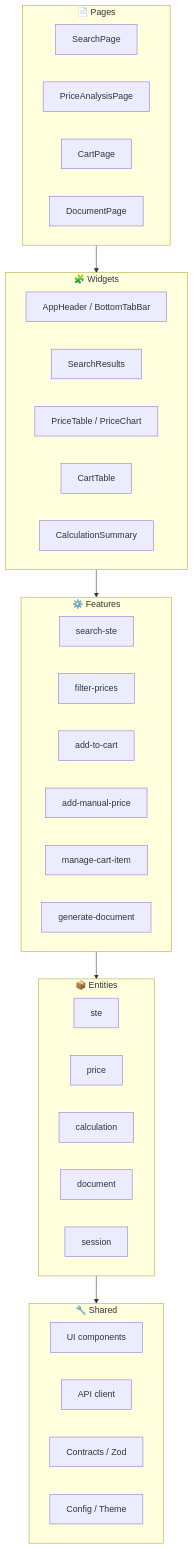
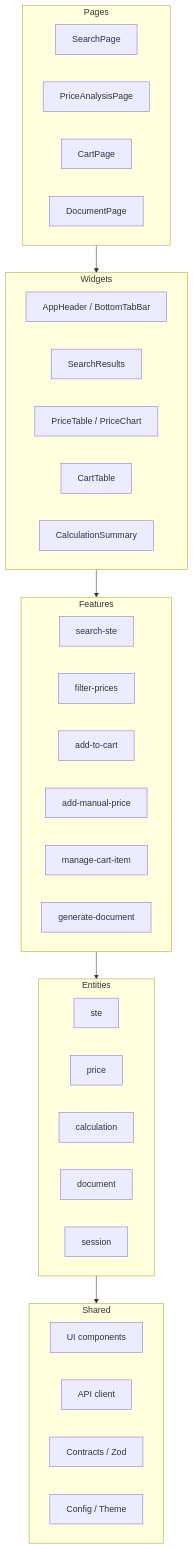
The first of 2 diagrams in README.md (beer-bears-hack/intelligent-front), drawn with Mermaid before and after one commit. The commit also changed other lines of this file, not shown here.

````diff
--- a/README.md
+++ b/README.md
@@ -32,43 +16,43 @@
 ```mermaid
 graph TD
-    subgraph pages["📄 Pages"]
+    subgraph pages["Pages"]
         P1[SearchPage]
         P2[PriceAnalysisPage]
         P3[CartPage]
         P4[DocumentPage]
     end
 
-    subgraph widgets["🧩 Widgets"]
+    subgraph widgets["Widgets"]
         W1[AppHeader / BottomTabBar]
         W2[SearchResults]
         W3[PriceTable / PriceChart]
         W4[CartTable]
         W5[CalculationSummary]
     end
 
-    subgraph features["⚙️ Features"]
+    subgraph features["Features"]
         F1[search-ste]
         F2[filter-prices]
         F3[add-to-cart]
         F4[add-manual-price]
         F5[manage-cart-item]
         F6[generate-document]
     end
 
-    subgraph entities["📦 Entities"]
+    subgraph entities["Entities"]
         E1[ste]
         E2[price]
         E3[calculation]
         E4[document]
         E5[session]
     end
 
-    subgraph shared["🔧 Shared"]
+    subgraph shared["Shared"]
         S1[UI components]
         S2[API client]
         S3[Contracts / Zod]
         S4[Config / Theme]
     end
 
     pages --> widgets --> features --> entities --> shared
 ```
````
